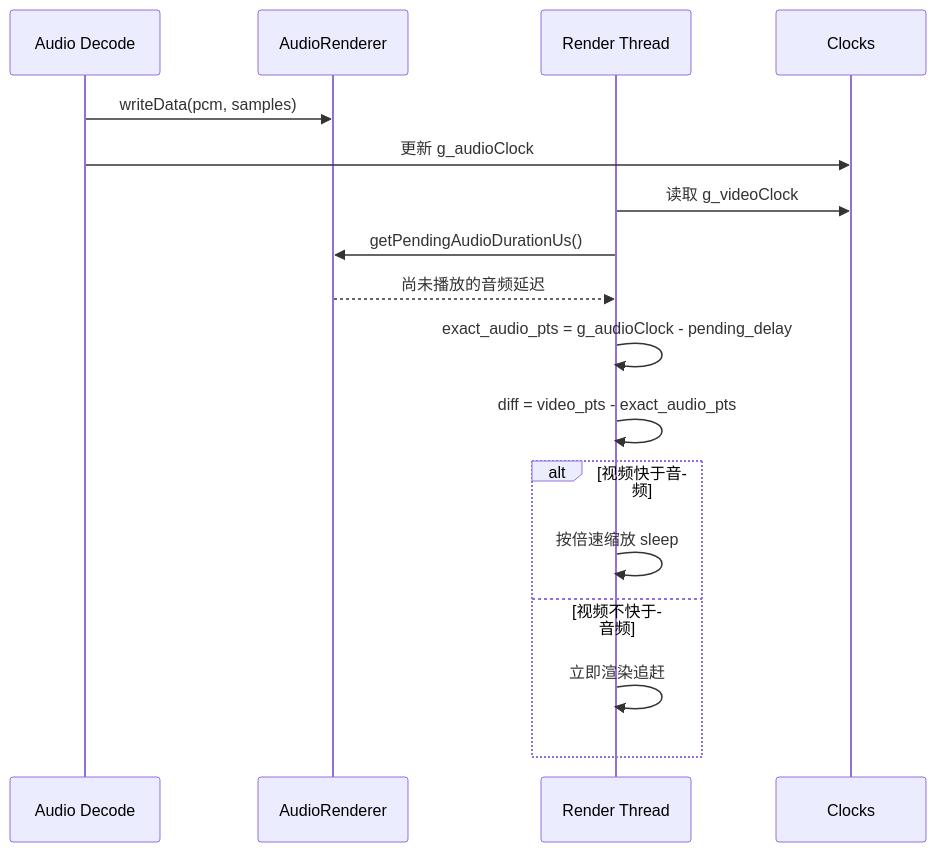
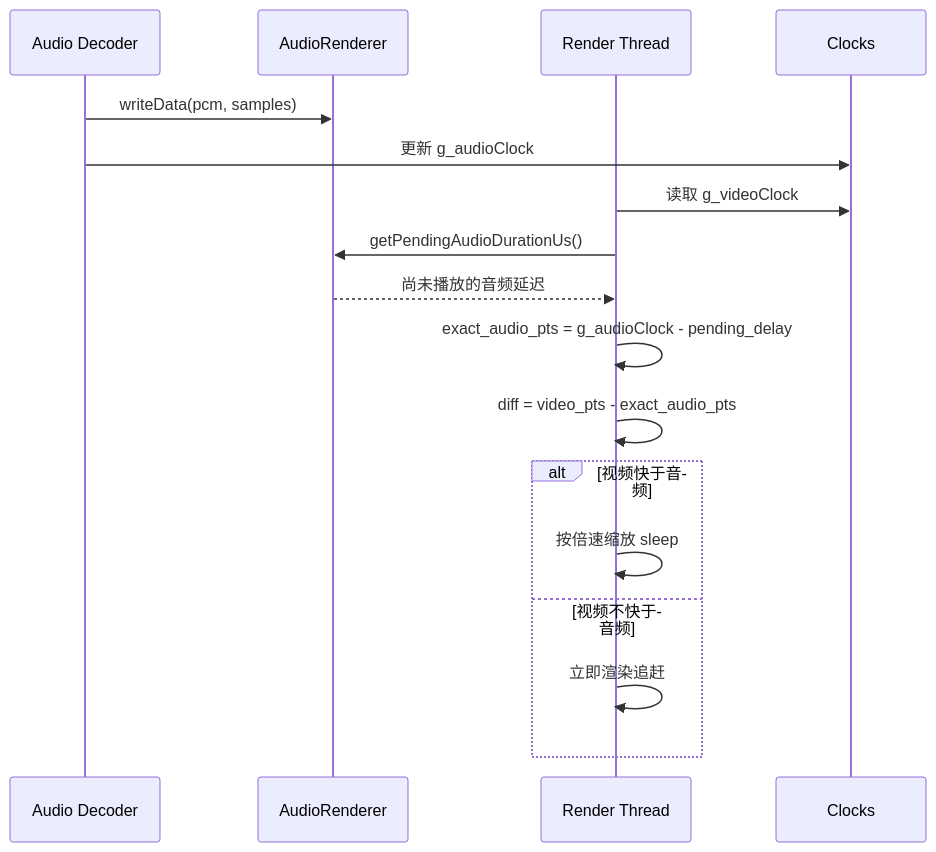
Before and after one commit to Skyline7190/VideoDecoder: the third of 6 diagrams in README.md, drawn with Mermaid. The commit also changed other lines of this file and 19 other files, not shown here.

````diff
--- a/README.md
+++ b/README.md
@@ -146,20 +230,20 @@
 ```mermaid
 sequenceDiagram
-    participant A as Audio Decode
+    participant A as Audio Decoder
     participant R as AudioRenderer
     participant V as Render Thread
     participant C as Clocks
-
+    
     A->>R: writeData(pcm, samples)
     A->>C: 更新 g_audioClock
     V->>C: 读取 g_videoClock
     V->>R: getPendingAudioDurationUs()
     R-->>V: 尚未播放的音频延迟
     V->>V: exact_audio_pts = g_audioClock - pending_delay
     V->>V: diff = video_pts - exact_audio_pts
     alt 视频快于音频
         V->>V: 按倍速缩放 sleep
     else 视频不快于音频
         V->>V: 立即渲染追赶
     end
 ```
````
